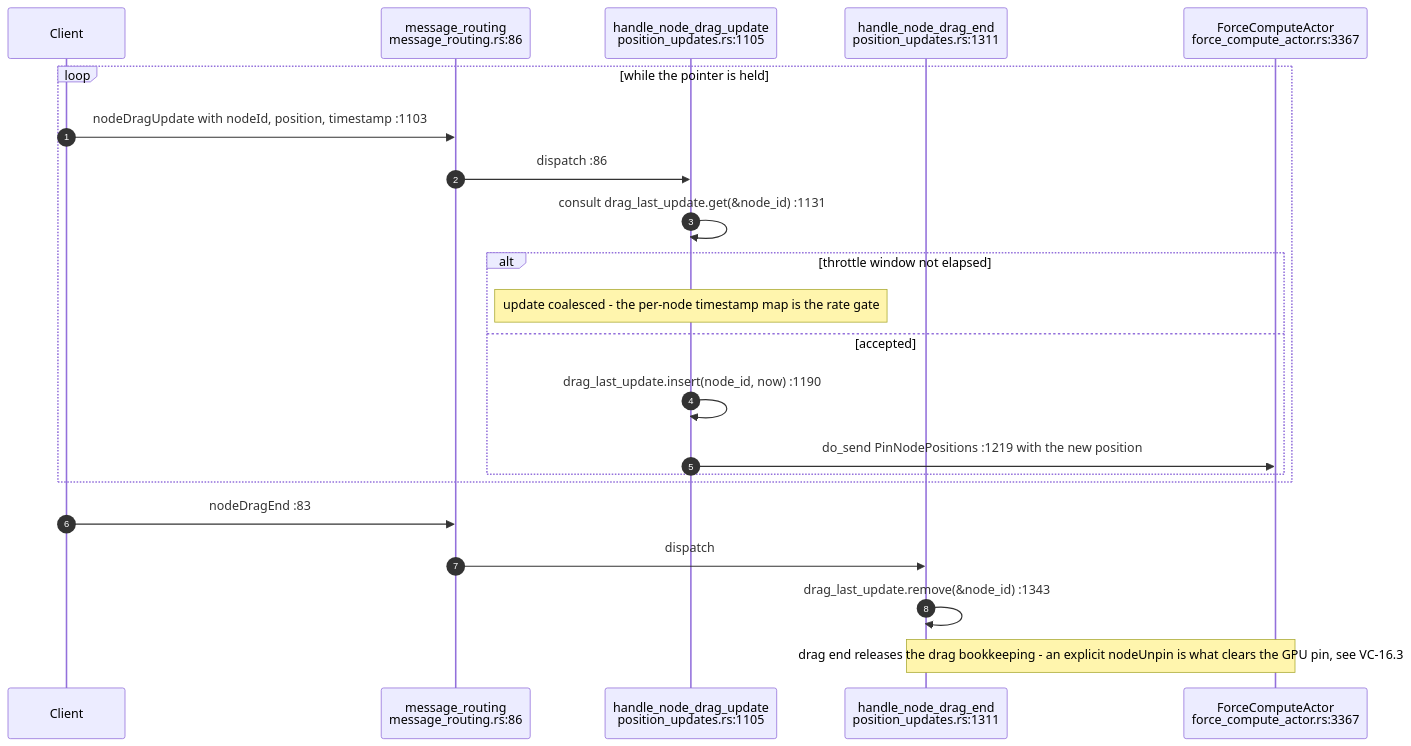
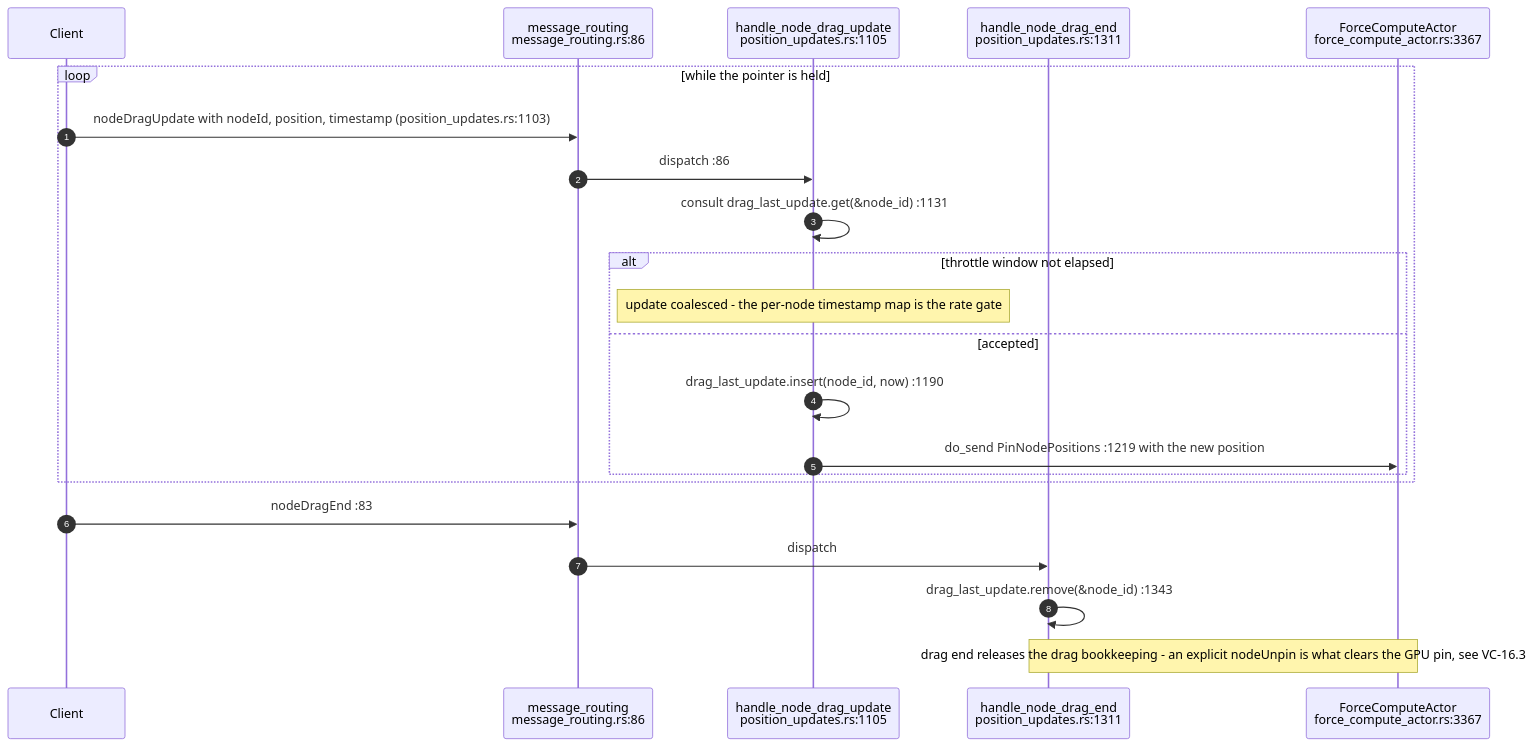
Before and after one commit to DreamLab-AI/VisionFlow: the second of 7 diagrams in docs/diagrams/visionclaw/16-interaction-drag-pin-layout.md, drawn with Mermaid. The commit also changed other lines of this file and 52 other files, not shown here.

First line of the commit message:
docs(diagrams): wave 3 checkpoint — bare line refs resolved, revision-pinned cite-check, VC-05/AB-01..13 re-attested

````diff
--- a/docs/diagrams/visionclaw/16-interaction-drag-pin-layout.md
+++ b/docs/diagrams/visionclaw/16-interaction-drag-pin-layout.md
@@ -59,25 +59,25 @@
 ```mermaid
 sequenceDiagram
     autonumber
     participant C as Client
     participant MR as message_routing<br/>message_routing.rs:86
     participant HU as handle_node_drag_update<br/>position_updates.rs:1105
     participant HE as handle_node_drag_end<br/>position_updates.rs:1311
     participant FCA as ForceComputeActor<br/>force_compute_actor.rs:3367
 
     loop while the pointer is held
-        C->>MR: nodeDragUpdate with nodeId, position, timestamp :1103
+        C->>MR: nodeDragUpdate with nodeId, position, timestamp (position_updates.rs:1103)
         MR->>HU: dispatch :86
         HU->>HU: consult drag_last_update.get(&node_id) :1131
         alt throttle window not elapsed
             Note over HU: update coalesced - the per-node timestamp map is the rate gate
         else accepted
             HU->>HU: drag_last_update.insert(node_id, now) :1190
             HU->>FCA: do_send PinNodePositions :1219 with the new position
         end
     end
     C->>MR: nodeDragEnd :83
     MR->>HE: dispatch
     HE->>HE: drag_last_update.remove(&node_id) :1343
     Note over HE,FCA: drag end releases the drag bookkeeping - an explicit nodeUnpin is what clears the GPU pin, see VC-16.3
 ```
````
